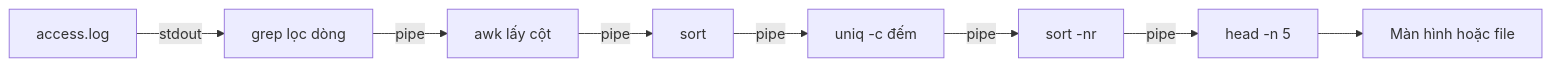
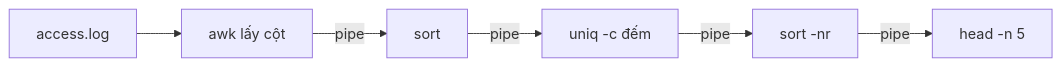
Before and after one commit to TienNHM/devops-course: the diagram in labs/week-02/session-03.md, drawn with Mermaid. The commit also changed other lines of this file and 266 other files, not shown here.

````diff
--- a/labs/week-02/session-03.md
+++ b/labs/week-02/session-03.md
@@ -111,10 +67,8 @@
 ```mermaid
 flowchart LR
-    A[access.log] -->|stdout| B[grep lọc dòng]
-    B -->|pipe| C[awk lấy cột]
-    C -->|pipe| D[sort]
-    D -->|pipe| E[uniq -c đếm]
-    E -->|pipe| F[sort -nr]
-    F -->|pipe| G[head -n 5]
-    G --> H[Màn hình hoặc file]
+    A[access.log] --> B["awk lấy cột"]
+    B -->|pipe| C[sort]
+    C -->|pipe| D["uniq -c đếm"]
+    D -->|pipe| E["sort -nr"]
+    E -->|pipe| F["head -n 5"]
 ```
````
